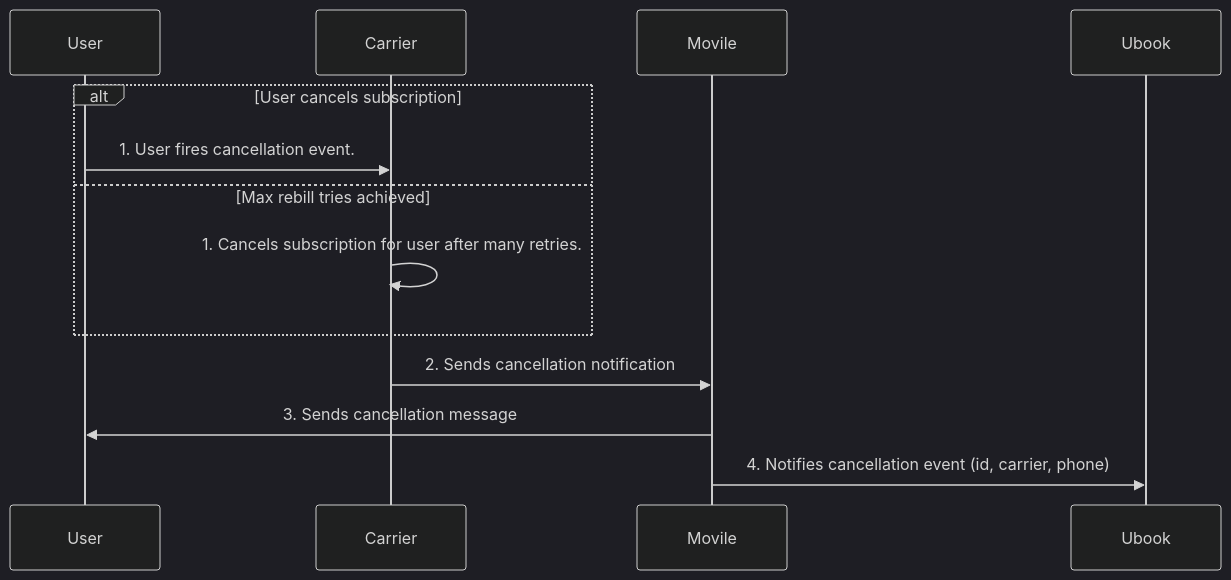
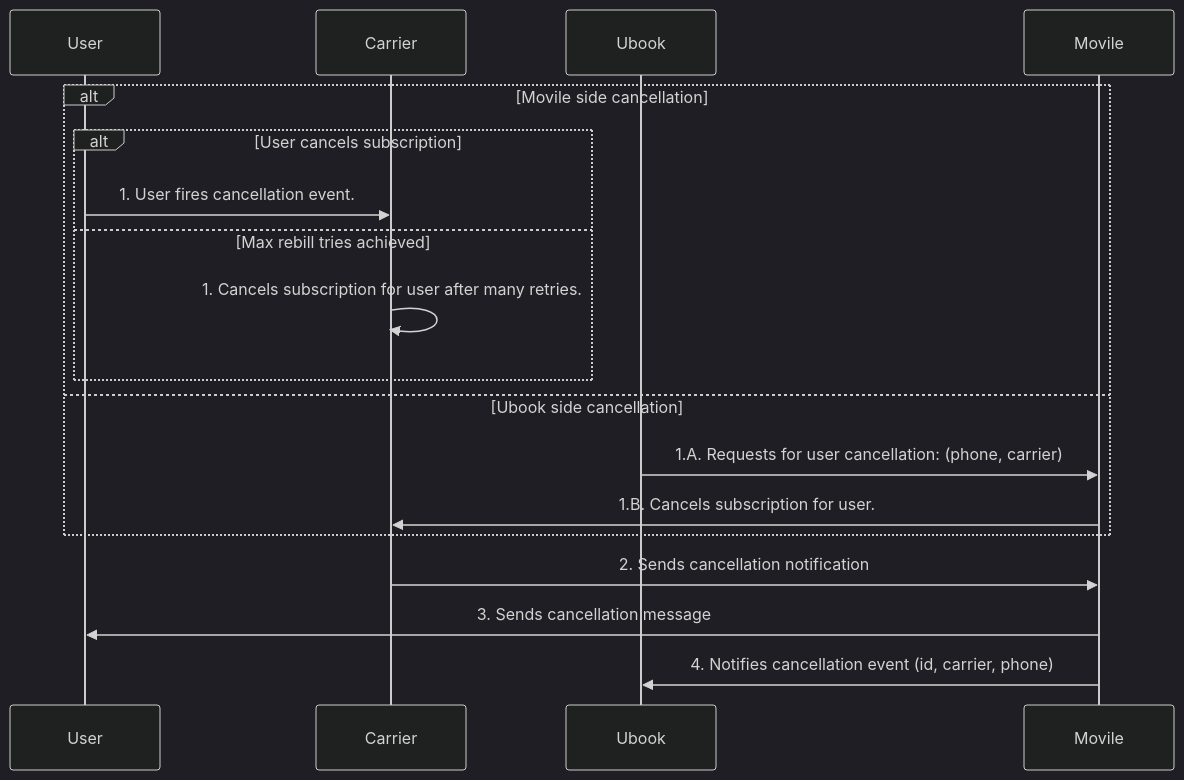
The diagram in ubook/cancellation.mmd (ariel-rios-movile/diagrams), drawn with Mermaid (dark theme) before and after one commit. The commit also changed 2 other files, not shown here.

Commit message:
Updates diagrams for Ubook.

```diff
--- a/ubook/cancellation.mmd
+++ b/ubook/cancellation.mmd
@@ -1,9 +1,15 @@
 sequenceDiagram
-    alt User cancels subscription
-        User ->> Carrier: 1. User fires cancellation event.
-    else Max rebill tries achieved
-        Carrier ->> Carrier: 1. Cancels subscription for user after many retries.
+    alt Movile side cancellation
+        alt User cancels subscription
+            User ->> Carrier: 1. User fires cancellation event.
+        else Max rebill tries achieved
+            Carrier ->> Carrier: 1. Cancels subscription for user after many retries.
+        end
+    else Ubook side cancellation
+        Ubook ->> Movile: 1.A. Requests for user cancellation: (phone, carrier)
+        Movile ->> Carrier: 1.B. Cancels subscription for user.
     end
+
     Carrier ->> Movile: 2. Sends cancellation notification
     Movile ->> User: 3. Sends cancellation message
     Movile ->> Ubook: 4. Notifies cancellation event (id, carrier, phone)
```
